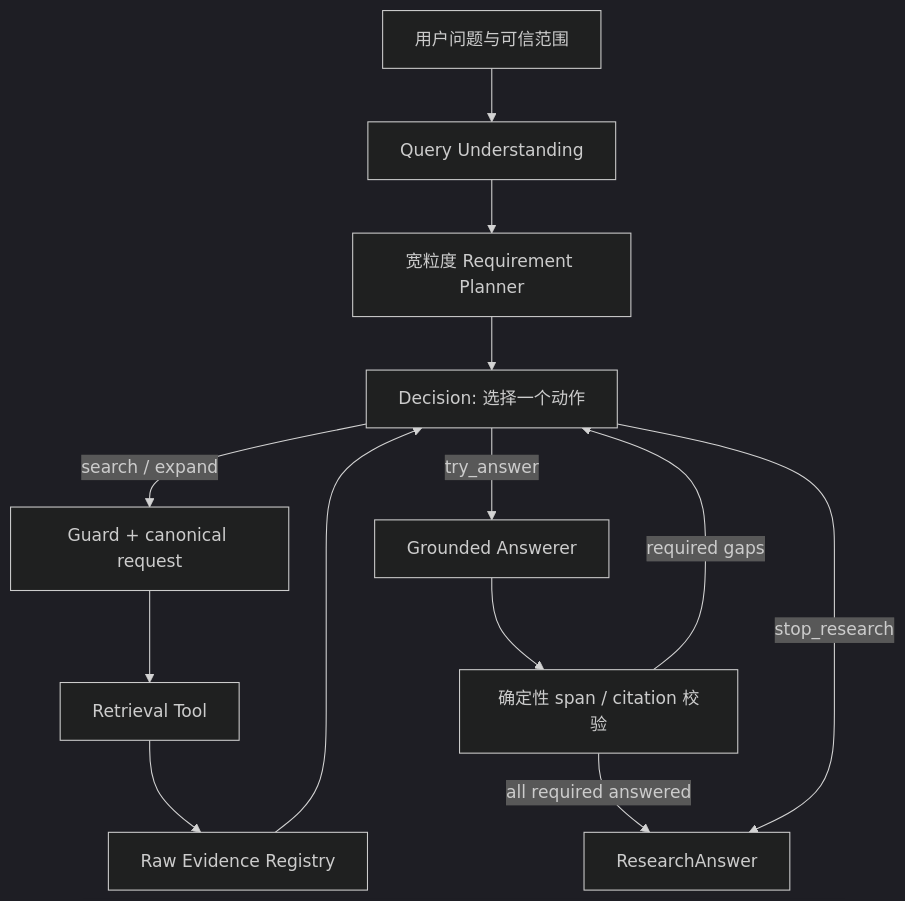
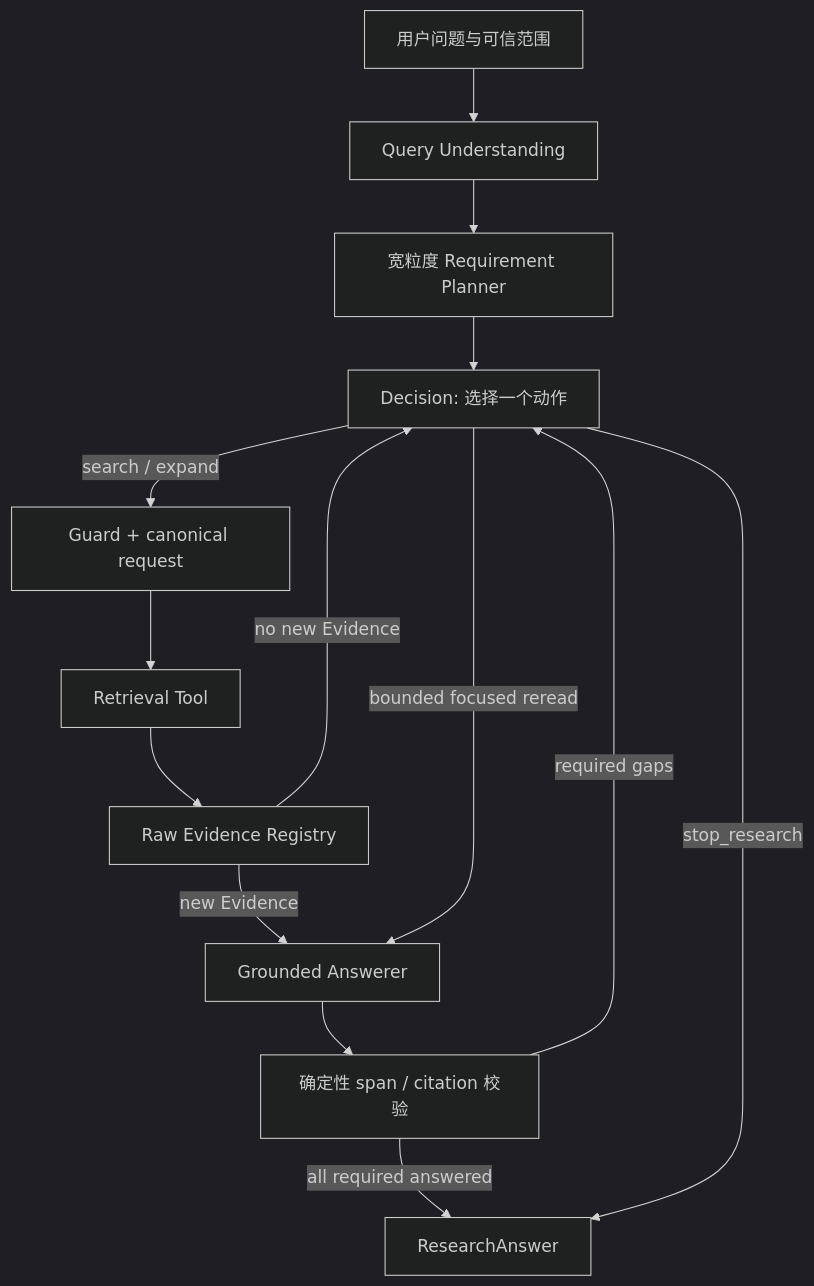
One commit to violet0711jiuy/PaperBase changed the diagram in docs/architecture/agentic-research.md. Above: the diagram before and after it, drawn with Mermaid (dark theme). The commit also changed other lines of this file and 7 other files, not shown here.

Commit message:
fix: answer new evidence before further decisions

````diff
--- a/docs/architecture/agentic-research.md
+++ b/docs/architecture/agentic-research.md
@@ -9,15 +9,16 @@
 ```mermaid
 flowchart TD
     U[用户问题与可信范围] --> Q[Query Understanding]
     Q --> P[宽粒度 Requirement Planner]
     P --> D[Decision: 选择一个动作]
     D -->|search / expand| G[Guard + canonical request]
     G --> T[Retrieval Tool]
     T --> R[Raw Evidence Registry]
-    R --> D
-    D -->|try_answer| A[Grounded Answerer]
+    R -->|new Evidence| A[Grounded Answerer]
+    R -->|no new Evidence| D
+    D -->|bounded focused reread| A
     A --> V[确定性 span / citation 校验]
     V -->|required gaps| D
     V -->|all required answered| F[ResearchAnswer]
     D -->|stop_research| F
 ```
````
